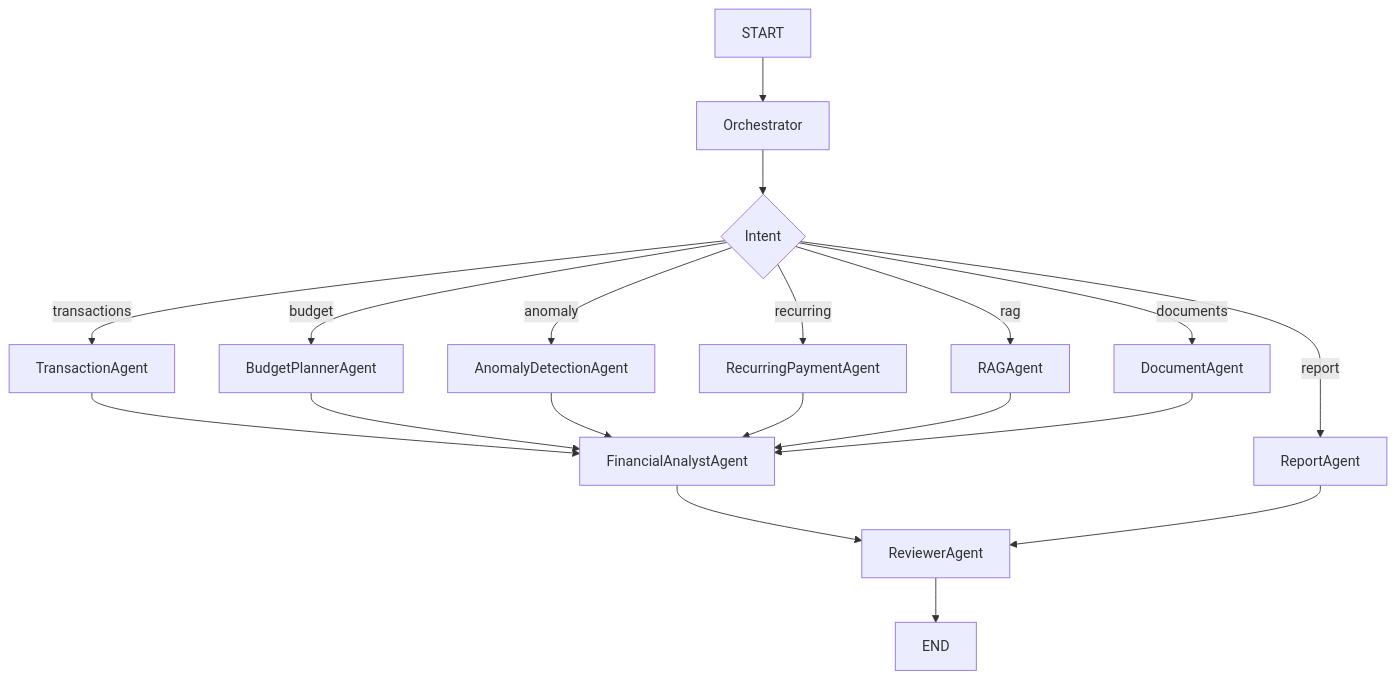
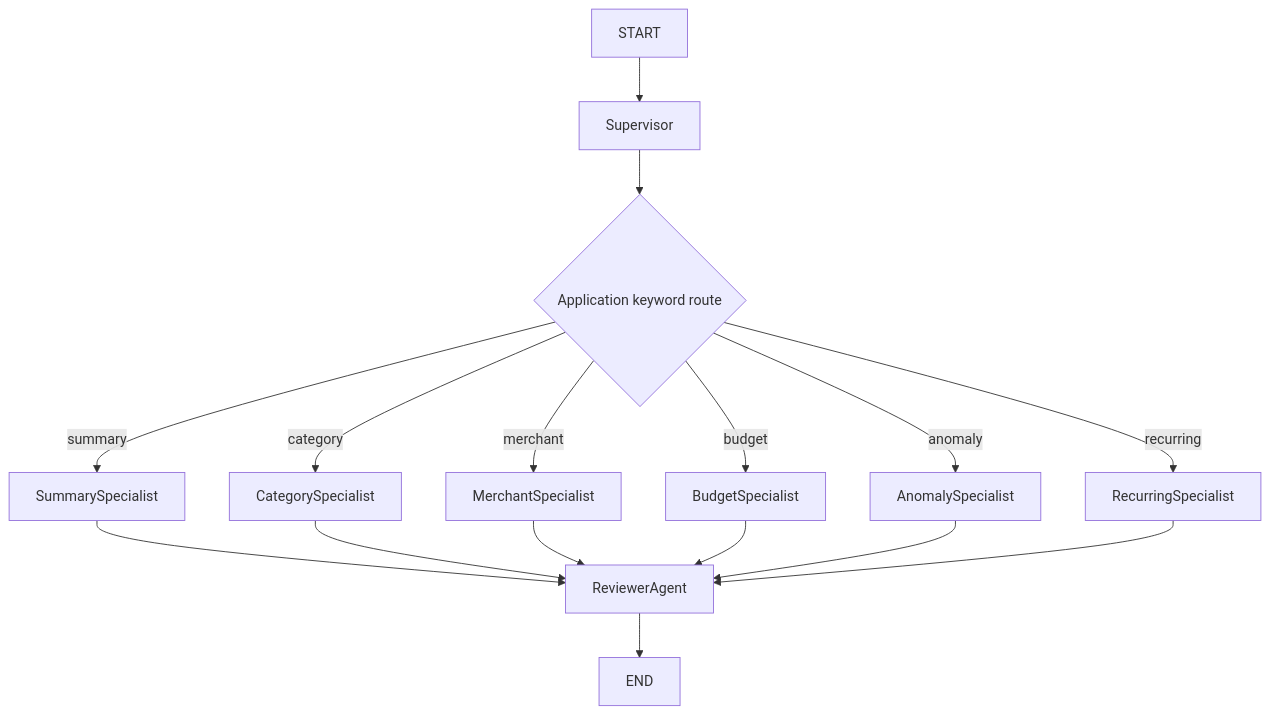
Before and after one commit to remo-dif/FinSight-AI: the diagram in docs/04-langgraph-design.md, drawn with Mermaid. The commit also changed other lines of this file and 7 other files, not shown here.

````diff
--- a/docs/04-langgraph-design.md
+++ b/docs/04-langgraph-design.md
@@ -5,21 +5,18 @@
 ```mermaid
 flowchart TD
-  START --> Orchestrator
-  Orchestrator --> Intent{"Intent"}
-  Intent -->|transactions| TransactionAgent
-  Intent -->|documents| DocumentAgent
-  Intent -->|budget| BudgetPlannerAgent
-  Intent -->|anomaly| AnomalyDetectionAgent
-  Intent -->|recurring| RecurringPaymentAgent
-  Intent -->|rag| RAGAgent
-  Intent -->|report| ReportAgent
-  TransactionAgent --> FinancialAnalystAgent
-  BudgetPlannerAgent --> FinancialAnalystAgent
-  AnomalyDetectionAgent --> FinancialAnalystAgent
-  RecurringPaymentAgent --> FinancialAnalystAgent
-  RAGAgent --> FinancialAnalystAgent
-  DocumentAgent --> FinancialAnalystAgent
-  FinancialAnalystAgent --> ReviewerAgent
-  ReportAgent --> ReviewerAgent
+  START --> Supervisor
+  Supervisor --> Intent{"Application keyword route"}
+  Intent -->|summary| SummarySpecialist
+  Intent -->|category| CategorySpecialist
+  Intent -->|merchant| MerchantSpecialist
+  Intent -->|budget| BudgetSpecialist
+  Intent -->|anomaly| AnomalySpecialist
+  Intent -->|recurring| RecurringSpecialist
+  SummarySpecialist --> ReviewerAgent
+  CategorySpecialist --> ReviewerAgent
+  MerchantSpecialist --> ReviewerAgent
+  BudgetSpecialist --> ReviewerAgent
+  AnomalySpecialist --> ReviewerAgent
+  RecurringSpecialist --> ReviewerAgent
   ReviewerAgent --> END
 ```
````
